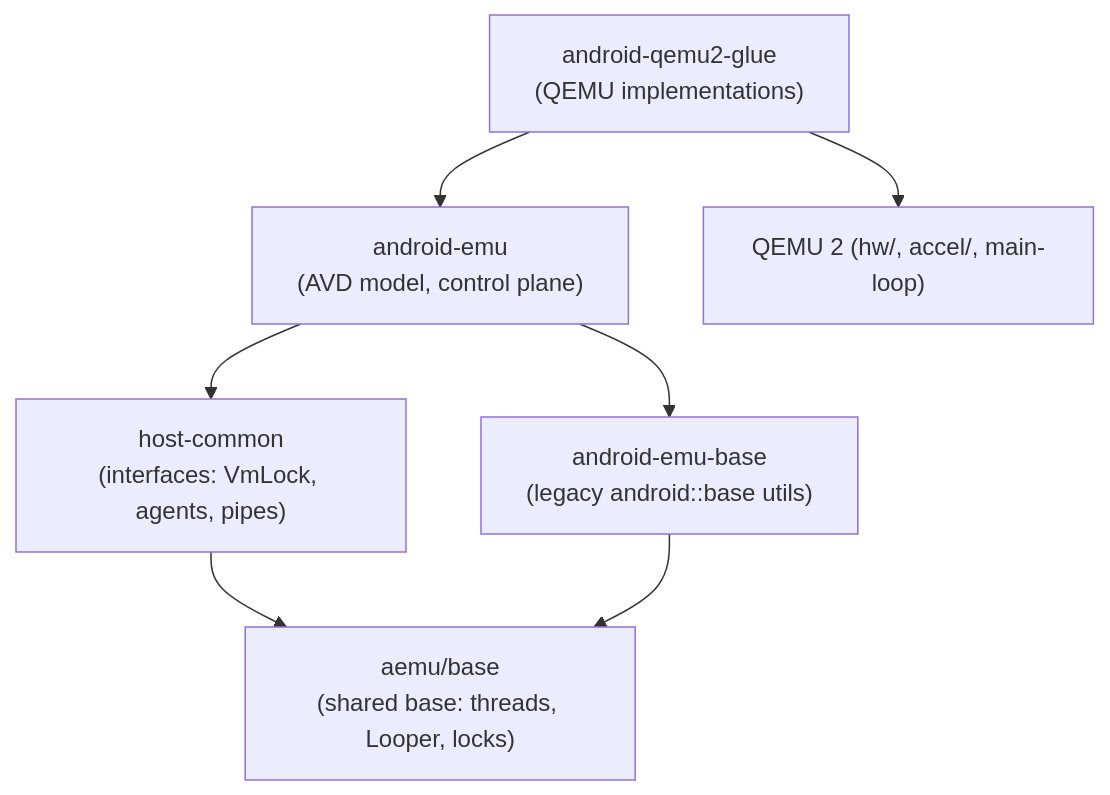
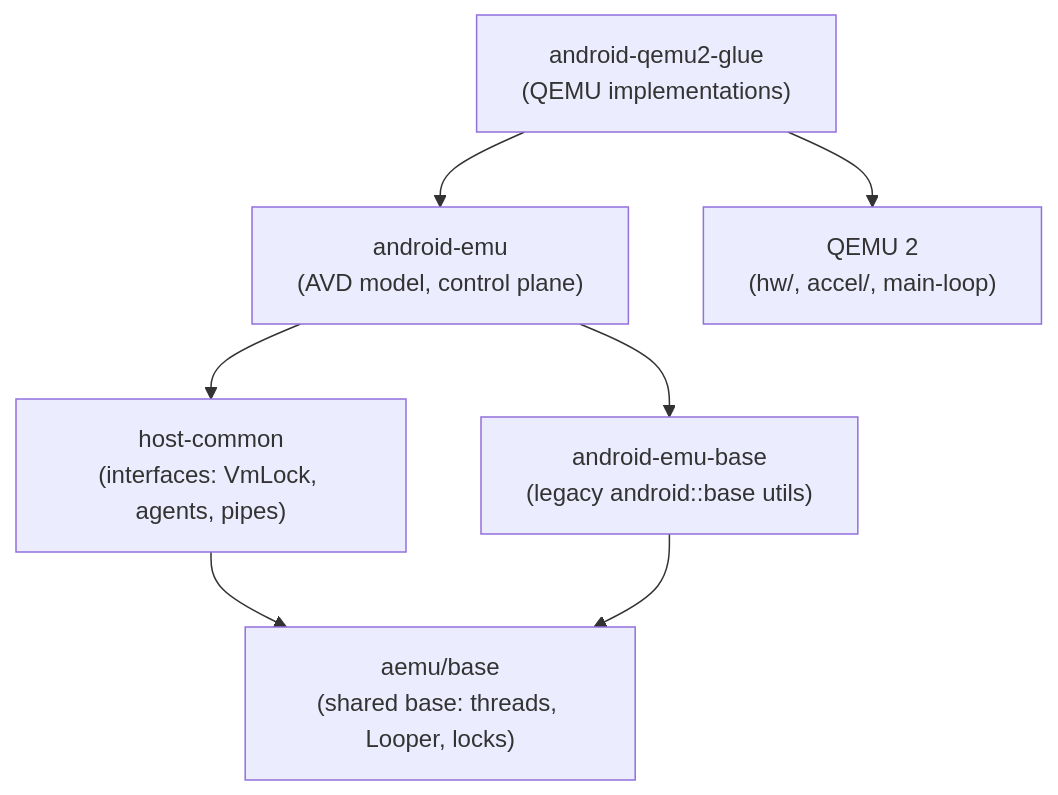
Before and after one commit to aospbooks/android-emulator-internal-book: the first of 6 diagrams in 07-android-emu-architecture.md, drawn with Mermaid. The commit also changed other lines of this file and 31 other files, not shown here.

````diff
--- a/07-android-emu-architecture.md
+++ b/07-android-emu-architecture.md
@@ -23,16 +23,16 @@
 ```mermaid
 flowchart TB
     GLUE["android-qemu2-glue<br/>(QEMU implementations)"]
     AE["android-emu<br/>(AVD model, control plane)"]
     HC["host-common<br/>(interfaces: VmLock, agents, pipes)"]
     AEB["android-emu-base<br/>(legacy android::base utils)"]
     AB["aemu/base<br/>(shared base: threads, Looper, locks)"]
-    QEMU["QEMU 2 (hw/, accel/, main-loop)"]
+    QEMU["QEMU 2<br/>(hw/, accel/, main-loop)"]
 
     GLUE --> AE
     GLUE --> QEMU
     AE --> HC
     AE --> AEB
     HC --> AB
     AEB --> AB
 ```
````
